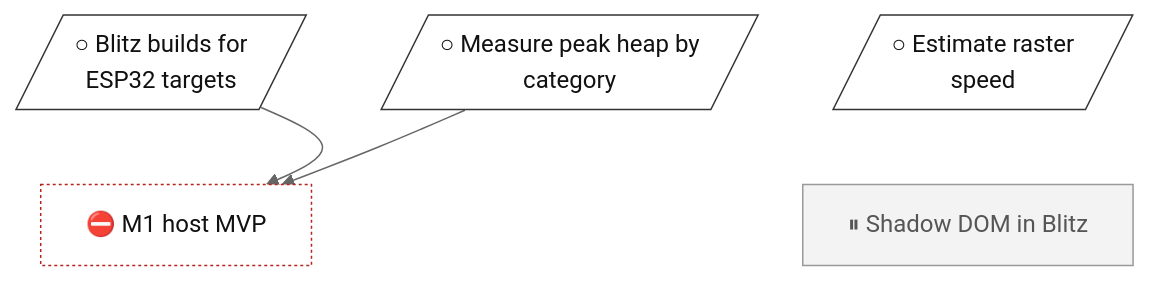
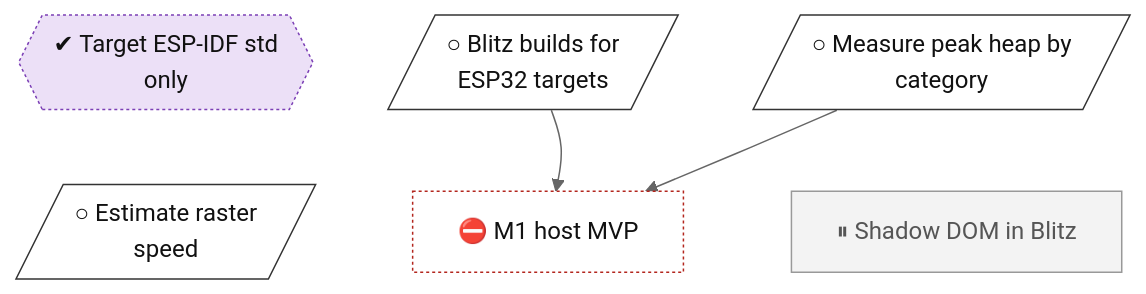
The diagram in docs/roadmap/tracks/eng.md (lhns/embedded-browser), drawn with Mermaid (neutral theme) before and after one commit. The commit also changed 4 other files, not shown here.

Commit message:
Regenerate roadmap with the pinned tech-tree version

````diff
--- a/docs/roadmap/tracks/eng.md
+++ b/docs/roadmap/tracks/eng.md
@@ -10,30 +10,32 @@
 ```mermaid
 flowchart TB
+    eng_std_only_esp_idf{{"✔ Target ESP-IDF std<br/>only"}}
     eng_blitz_builds_esp[/"○ Blitz builds for<br/>ESP32 targets"/]
     eng_peak_heap[/"○ Measure peak heap by<br/>category"/]
     eng_raster_estimate[/"○ Estimate raster<br/>speed"/]
     eng_m1_host_mvp["⛔ M1 host MVP"]
     eng_shadow_dom_upstream["⏸ Shadow DOM in Blitz"]
+    eng_std_only_esp_idf ~~~ eng_raster_estimate
     eng_blitz_builds_esp ~~~ eng_m1_host_mvp
     eng_peak_heap ~~~ eng_shadow_dom_upstream
-    eng_raster_estimate ~~~ eng_shadow_dom_upstream
     eng_blitz_builds_esp --> eng_m1_host_mvp
     eng_peak_heap --> eng_m1_host_mvp
     classDef vsucc fill:#2e9e4f,stroke:#1b6b34,color:#fff
     classDef succ fill:#bfe8c8,stroke:#2e9e4f,color:#111
     classDef mixed fill:#ffd37a,stroke:#c98a00,color:#111
     classDef bad fill:#f28b82,stroke:#b3261e,color:#111
     classDef dead fill:#e6e6e6,stroke:#777,stroke-dasharray:5 5,color:#555
     classDef inprog fill:#a8cdf5,stroke:#1f6fc5,color:#111
     classDef next fill:#fff,stroke:#333,color:#111
     classDef blocked fill:#fff,stroke:#b3261e,stroke-dasharray:2 2,color:#111
     classDef parked fill:#f3f3f3,stroke:#999,color:#555
     classDef unrated fill:#fff,stroke:#333,stroke-dasharray:1 3,color:#111
     classDef gate fill:#d9c2f0,stroke:#7b3fb5,color:#111
     classDef decided fill:#ece0f7,stroke:#7b3fb5,stroke-dasharray:2 2,color:#111
     classDef finding fill:#ffe0b2,stroke:#d84315,stroke-width:2px,color:#111
     classDef waiting fill:#e3f2fd,stroke:#1f6fc5,stroke-dasharray:5 5,color:#111
+    class eng_std_only_esp_idf decided
     class eng_blitz_builds_esp,eng_peak_heap,eng_raster_estimate next
     class eng_m1_host_mvp blocked
     class eng_shadow_dom_upstream parked
 ```
````
